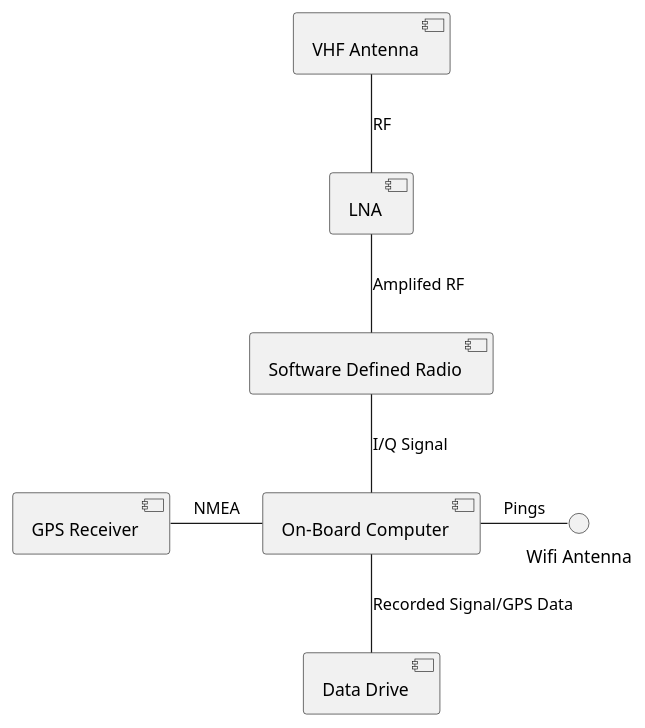
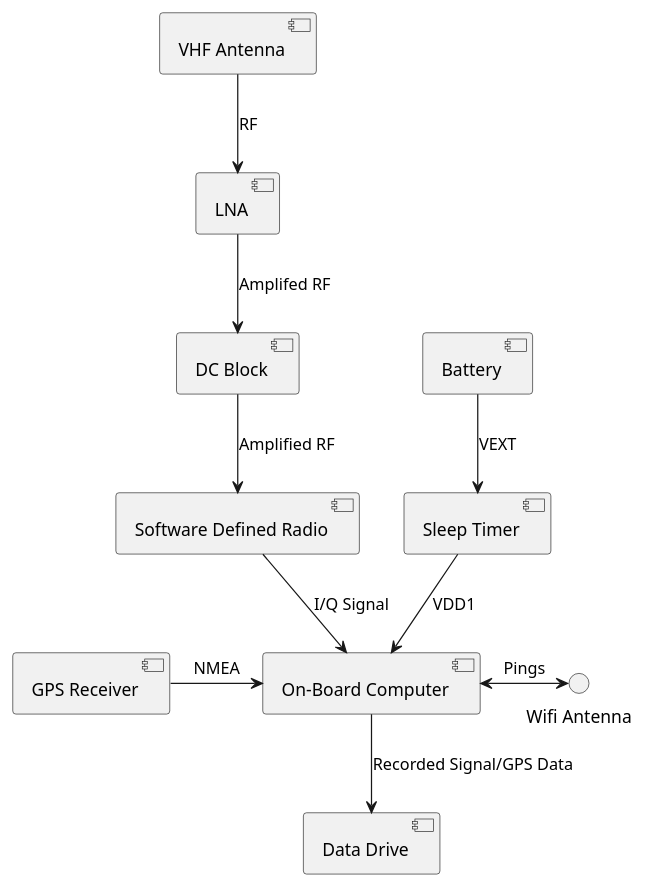
One commit to UCSD-E4E/rct-collard-lizard-docs changed the diagram in design/system_diagram.puml. Above: the diagram before and after it, drawn with PlantUML.

Commit message:
Updated system diagram

```diff
--- a/design/system_diagram.puml
+++ b/design/system_diagram.puml
@@ -1,16 +1,22 @@
 @startuml Radio Collar Tracker: Collared Lizard System Diagram
 [Software Defined Radio] as SDR
 [On-Board Computer] as OBC
 [VHF Antenna] as ANT
 [LNA] as LNA
+[DC Block] as DCB
 [Data Drive] as USB
 [GPS Receiver] as GPS
+[Sleep Timer] as ST
+[Battery] as BATT
 
 interface "Wifi Antenna" as WIFI_ANT
-ANT -- LNA : RF
-LNA --  SDR : Amplifed RF
-SDR --  OBC : I/Q Signal
-OBC - WIFI_ANT : Pings
-GPS - OBC : NMEA
-OBC -- USB : Recorded Signal/GPS Data
+ANT --> LNA : RF
+LNA -->  DCB : Amplifed RF
+DCB --> SDR : Amplified RF
+SDR -->  OBC : I/Q Signal
+OBC <-> WIFI_ANT : Pings
+GPS -> OBC : NMEA
+OBC --> USB : Recorded Signal/GPS Data
+ST --> OBC : VDD1
+BATT --> ST : VEXT
 @enduml
```
